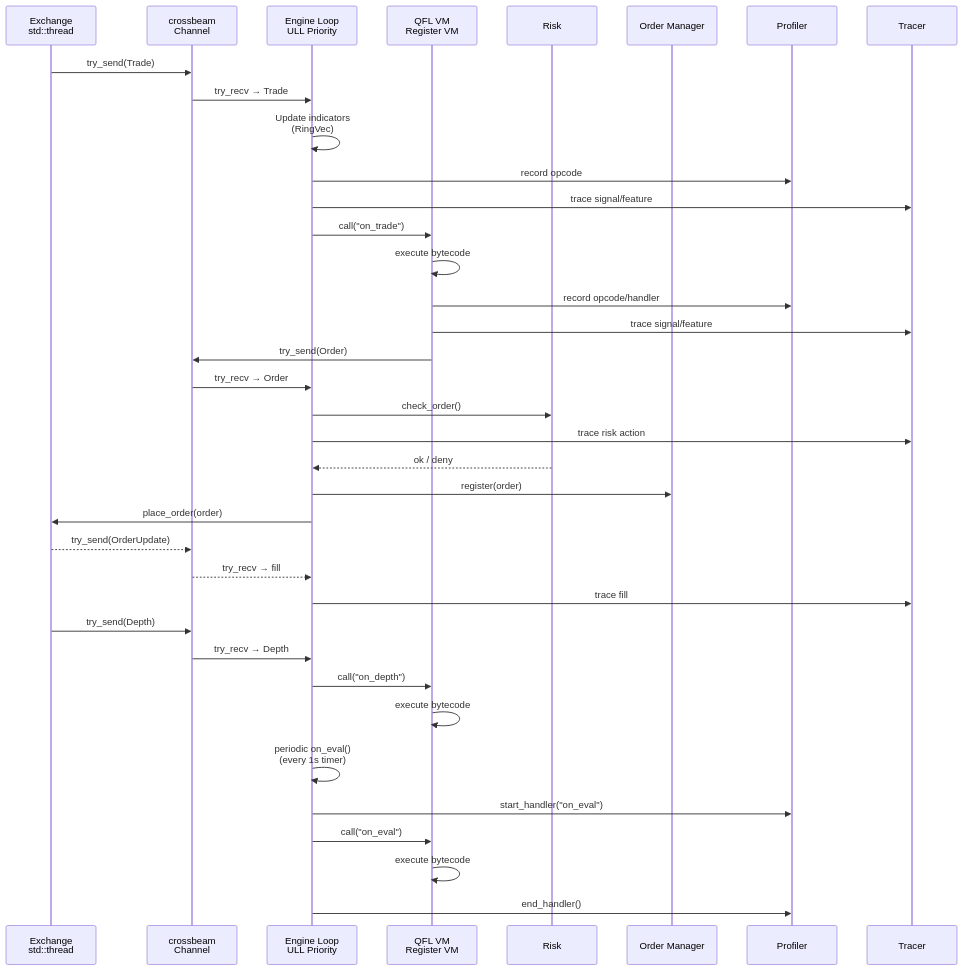
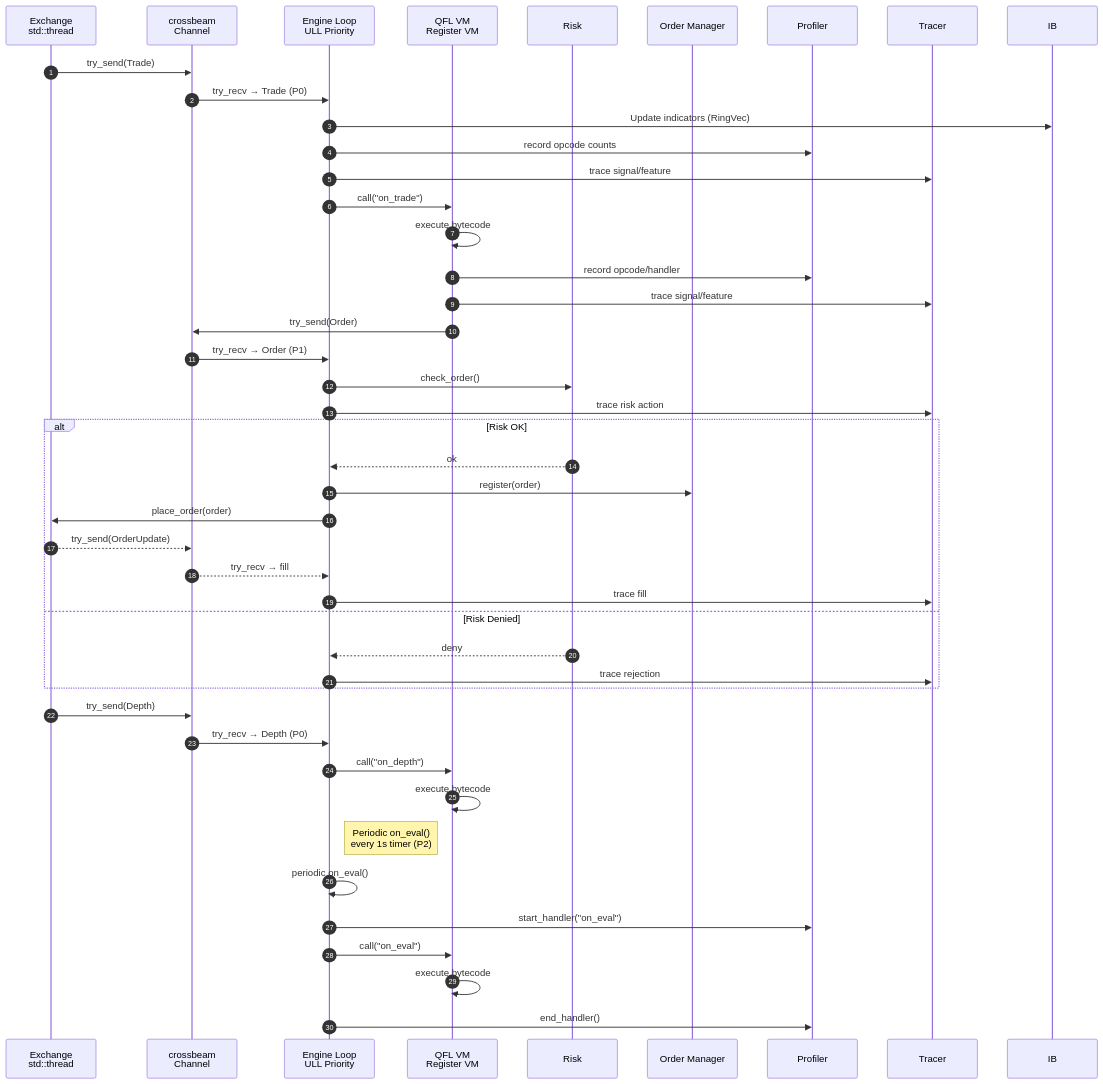
Before and after one commit to 0xitsss/quince: the second of 5 diagrams in README.md, drawn with Mermaid. The commit also changed other lines of this file and 4 other files, not shown here.

````diff
--- a/README.md
+++ b/README.md
@@ -66,43 +84,50 @@
 ```mermaid
 sequenceDiagram
+    autonumber
     participant E as Exchange<br/>std::thread
     participant C as crossbeam<br/>Channel
     participant EL as Engine Loop<br/>ULL Priority
     participant Q as QFL VM<br/>Register VM
     participant R as Risk
     participant OM as Order Manager
     participant PR as Profiler
     participant TR as Tracer
 
     E->>C: try_send(Trade)
-    C->>EL: try_recv → Trade
-    EL->>EL: Update indicators<br/>(RingVec)
-    EL->>PR: record opcode
+    C->>EL: try_recv → Trade (P0)
+    EL->>IB: Update indicators (RingVec)
+    EL->>PR: record opcode counts
     EL->>TR: trace signal/feature
     EL->>Q: call("on_trade")
     Q->>Q: execute bytecode
     Q->>PR: record opcode/handler
     Q->>TR: trace signal/feature
     Q->>C: try_send(Order)
-    C->>EL: try_recv → Order
+    C->>EL: try_recv → Order (P1)
 
     EL->>R: check_order()
     EL->>TR: trace risk action
-    R-->>EL: ok / deny
-    EL->>OM: register(order)
-    EL->>E: place_order(order)
-    E-->>C: try_send(OrderUpdate)
-    C-->>EL: try_recv → fill
-    EL->>TR: trace fill
+    alt Risk OK
+        R-->>EL: ok
+        EL->>OM: register(order)
+        EL->>E: place_order(order)
+        E-->>C: try_send(OrderUpdate)
+        C-->>EL: try_recv → fill
+        EL->>TR: trace fill
+    else Risk Denied
+        R-->>EL: deny
+        EL->>TR: trace rejection
+    end
 
     E->>C: try_send(Depth)
-    C->>EL: try_recv → Depth
+    C->>EL: try_recv → Depth (P0)
     EL->>Q: call("on_depth")
     Q->>Q: execute bytecode
 
-    EL->>EL: periodic on_eval()<br/>(every 1s timer)
+    Note right of EL: Periodic on_eval()<br/>every 1s timer (P2)
+    EL->>EL: periodic on_eval()
     EL->>PR: start_handler("on_eval")
     EL->>Q: call("on_eval")
     Q->>Q: execute bytecode
     EL->>PR: end_handler()
 ```
````
